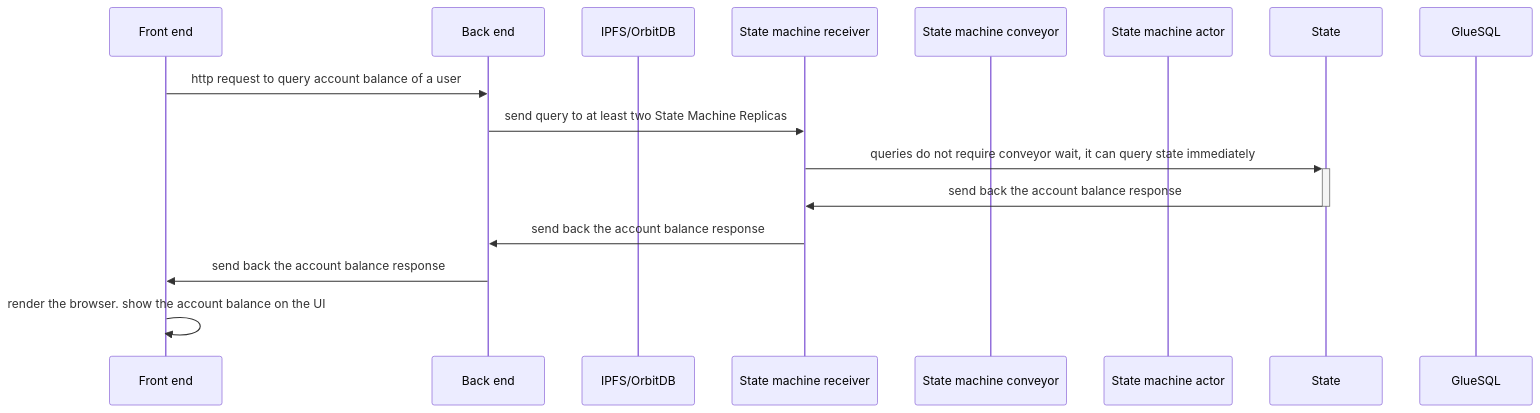
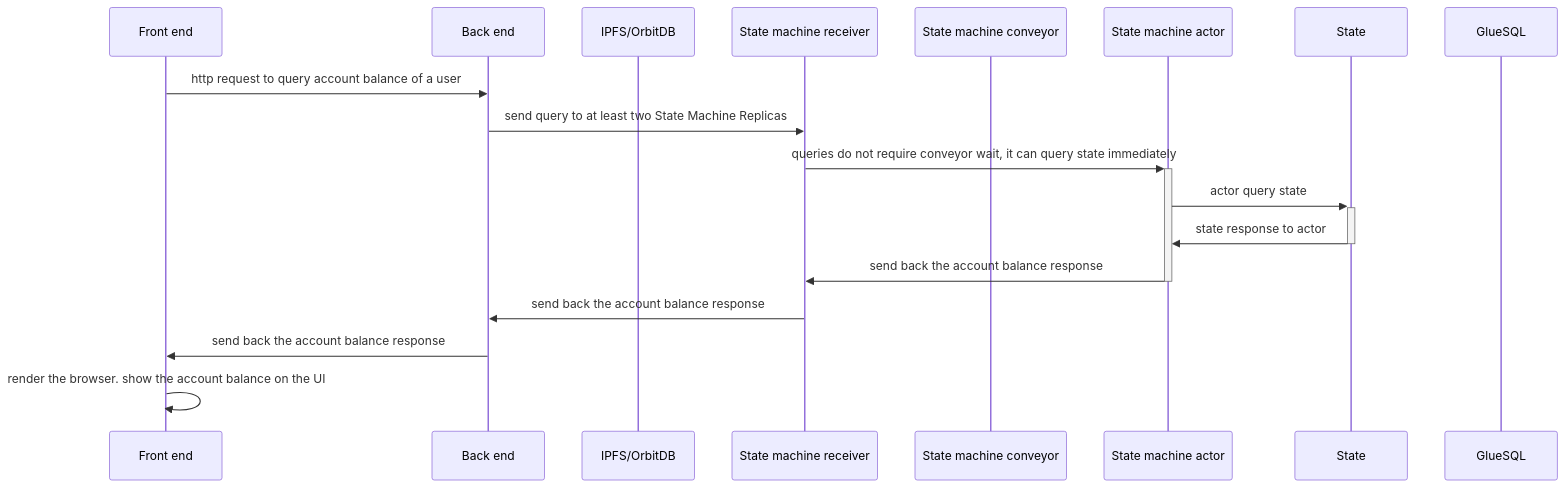
The second of 4 diagrams in code_walkthrough.md (tearust/tapp-tutor), drawn with Mermaid before and after one commit. The commit also changed other lines of this file, not shown here.

Commit message:
add more diagrams

````diff
--- a/code_walkthrough.md
+++ b/code_walkthrough.md
@@ -50,20 +50,21 @@
 ```mermaid
 sequenceDiagram
 	participant A as Front end
 	participant B as Back end
 	participant C as IPFS/OrbitDB
 	participant D as State machine receiver
 	participant E as State machine conveyor
 	participant F as State machine actor
 	participant G as State
 	participant H as GlueSQL
 	A->>B: http request to query account balance of a user
 	B->>D: send query to at least two State Machine Replicas
-	D->>+G: queries do not require conveyor wait, it can query state immediately
-	
-	G->>-D: send back the account balance response
+	D->>+F: queries do not require conveyor wait, it can query state immediately
+	F->>+G: actor query state
+	G->>-F: state response to actor
+	F->>-D: send back the account balance response
 	D->>B: send back the account balance response
 	B->>A: send back the account balance response
 	A->>A: render the browser. show the account balance on the UI
 	
 ```
````
